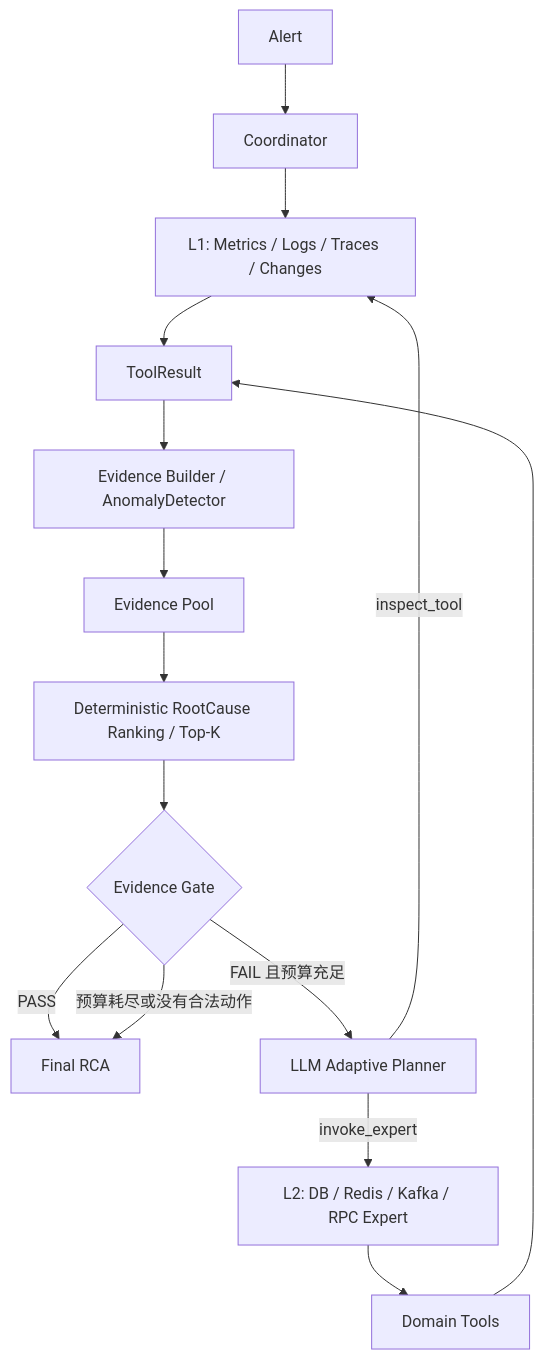
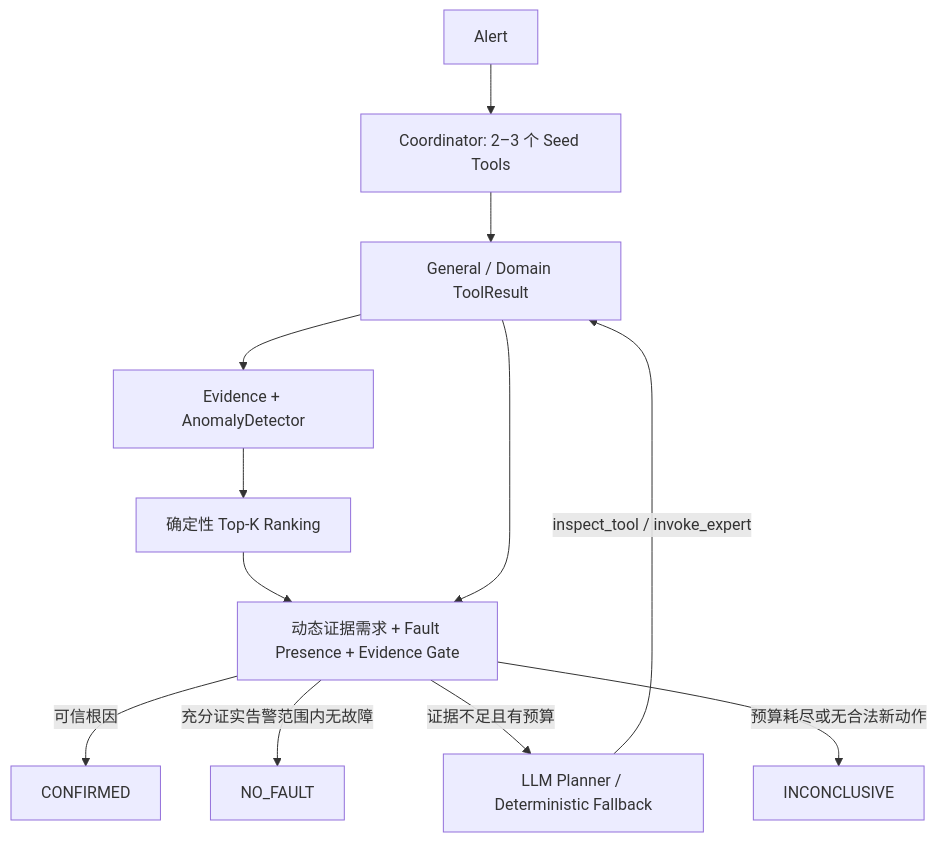
One commit to 1hao1hao/OpsPilot changed the diagram in README.md. Above: the diagram before and after it, drawn with Mermaid. The commit also changed other lines of this file and 26 other files, not shown here.

````diff
--- a/README.md
+++ b/README.md
@@ -7,17 +9,14 @@
 ```mermaid
 flowchart TD
-    A[Alert] --> C[Coordinator]
-    C --> L1[L1: Metrics / Logs / Traces / Changes]
-    L1 --> T[ToolResult]
-    T --> E[Evidence Builder / AnomalyDetector]
-    E --> P[Evidence Pool]
-    P --> R[Deterministic RootCause Ranking / Top-K]
-    R --> G{Evidence Gate}
-    G -->|PASS| F[Final RCA]
-    G -->|FAIL 且预算充足| L[LLM Adaptive Planner]
-    L -->|inspect_tool| L1
-    L -->|invoke_expert| X[L2: DB / Redis / Kafka / RPC Expert]
-    X --> D[Domain Tools]
-    D --> T
-    G -->|预算耗尽或没有合法动作| F
+    A[Alert] --> C[Coordinator: 2–3 个 Seed Tools]
+    C --> T[General / Domain ToolResult]
+    T --> E[Evidence + AnomalyDetector]
+    E --> R[确定性 Top-K Ranking]
+    R --> D[动态证据需求 + Fault Presence + Evidence Gate]
+    T --> D
+    D -->|可信根因| F[CONFIRMED]
+    D -->|充分证实告警范围内无故障| N[NO_FAULT]
+    D -->|证据不足且有预算| P[LLM Planner / Deterministic Fallback]
+    P -->|inspect_tool / invoke_expert| T
+    D -->|预算耗尽或无合法新动作| I[INCONCLUSIVE]
 ```
````
